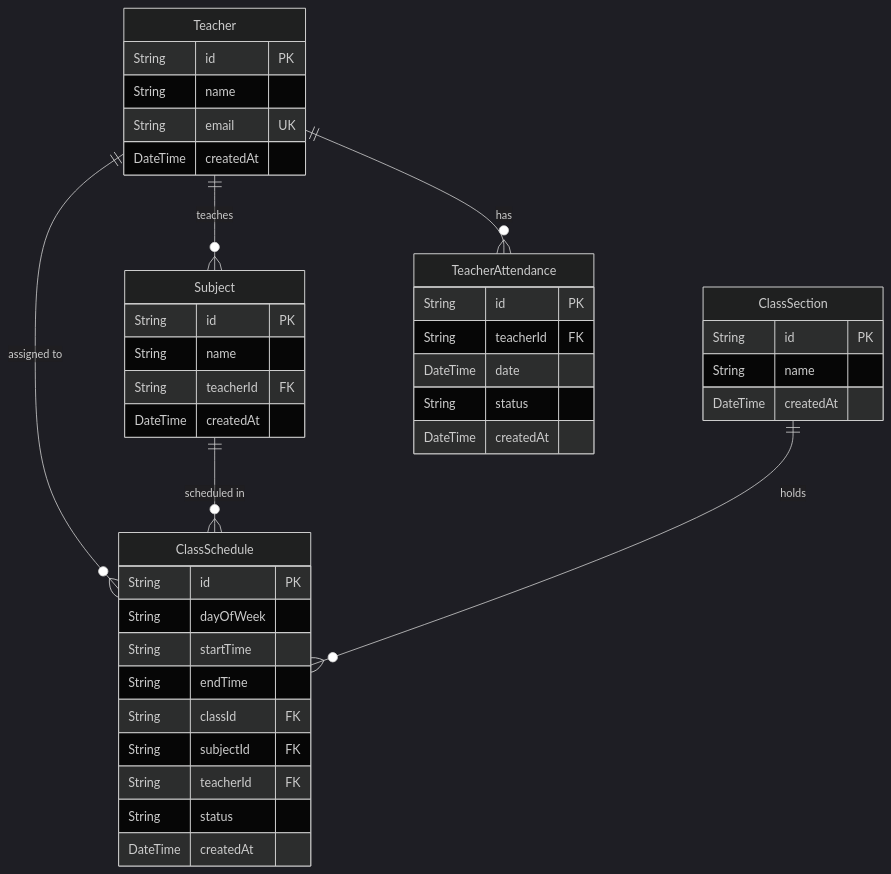
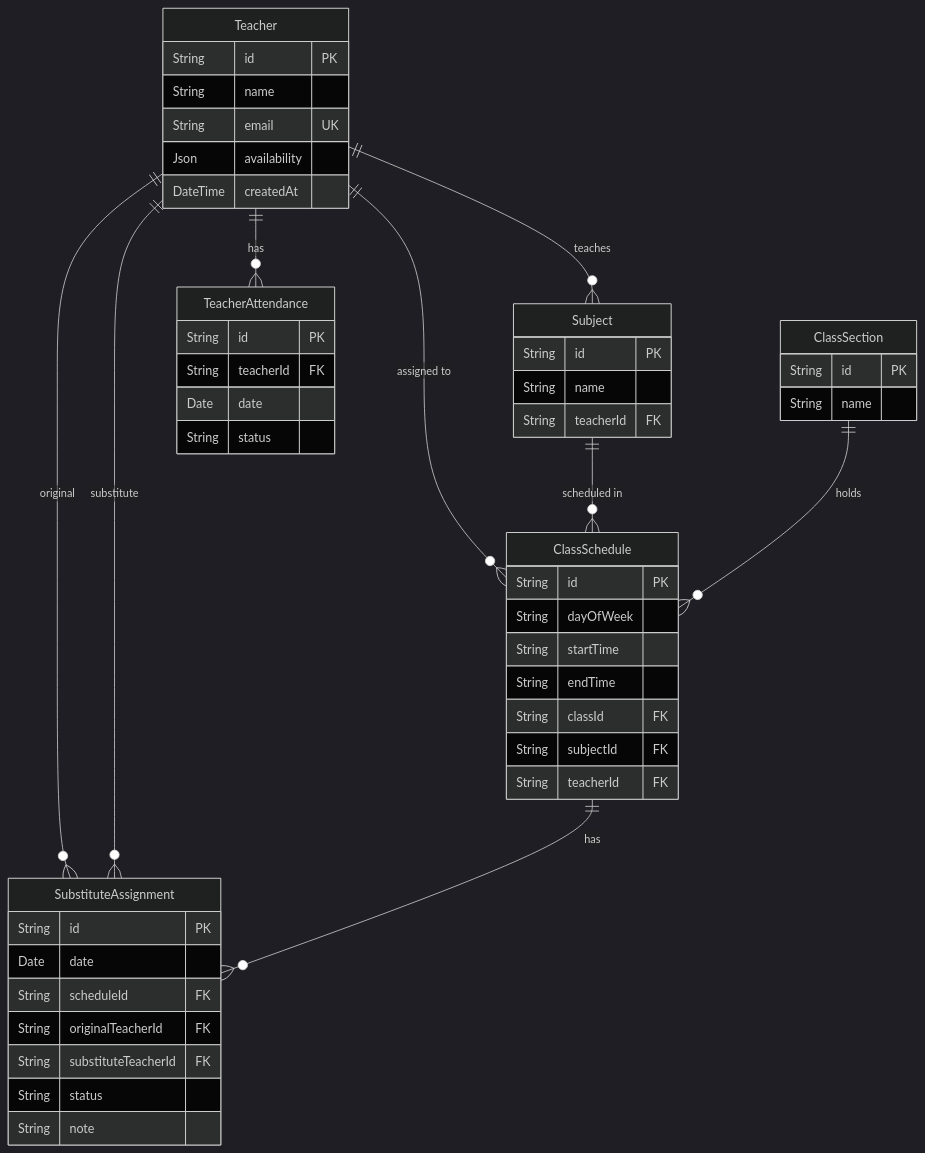
One commit to dev-Lavi/ClassSync changed the diagram in README.md. Above: the diagram before and after it, drawn with Mermaid (dark theme). The commit also changed other lines of this file and 4 other files, not shown here.

````diff
--- a/README.md
+++ b/README.md
@@ -52,44 +69,52 @@
 ```mermaid
 erDiagram
     Teacher {
         String id PK
         String name
         String email UK
-        DateTime createdAt
-    }
-    ClassSection {
-        String id PK
-        String name
+        Json availability
         DateTime createdAt
     }
     Subject {
         String id PK
         String name
         String teacherId FK
-        DateTime createdAt
+    }
+    ClassSection {
+        String id PK
+        String name
     }
     TeacherAttendance {
         String id PK
         String teacherId FK
-        DateTime date
+        Date date
         String status
-        DateTime createdAt
     }
     ClassSchedule {
         String id PK
         String dayOfWeek
         String startTime
         String endTime
         String classId FK
         String subjectId FK
         String teacherId FK
+    }
+    SubstituteAssignment {
+        String id PK
+        Date date
+        String scheduleId FK
+        String originalTeacherId FK
+        String substituteTeacherId FK
         String status
-        DateTime createdAt
+        String note
     }
 
     Teacher ||--o{ Subject : "teaches"
     Teacher ||--o{ TeacherAttendance : "has"
     Teacher ||--o{ ClassSchedule : "assigned to"
+    Teacher ||--o{ SubstituteAssignment : "original"
+    Teacher ||--o{ SubstituteAssignment : "substitute"
     Subject ||--o{ ClassSchedule : "scheduled in"
     ClassSection ||--o{ ClassSchedule : "holds"
+    ClassSchedule ||--o{ SubstituteAssignment : "has"
 ```
````
